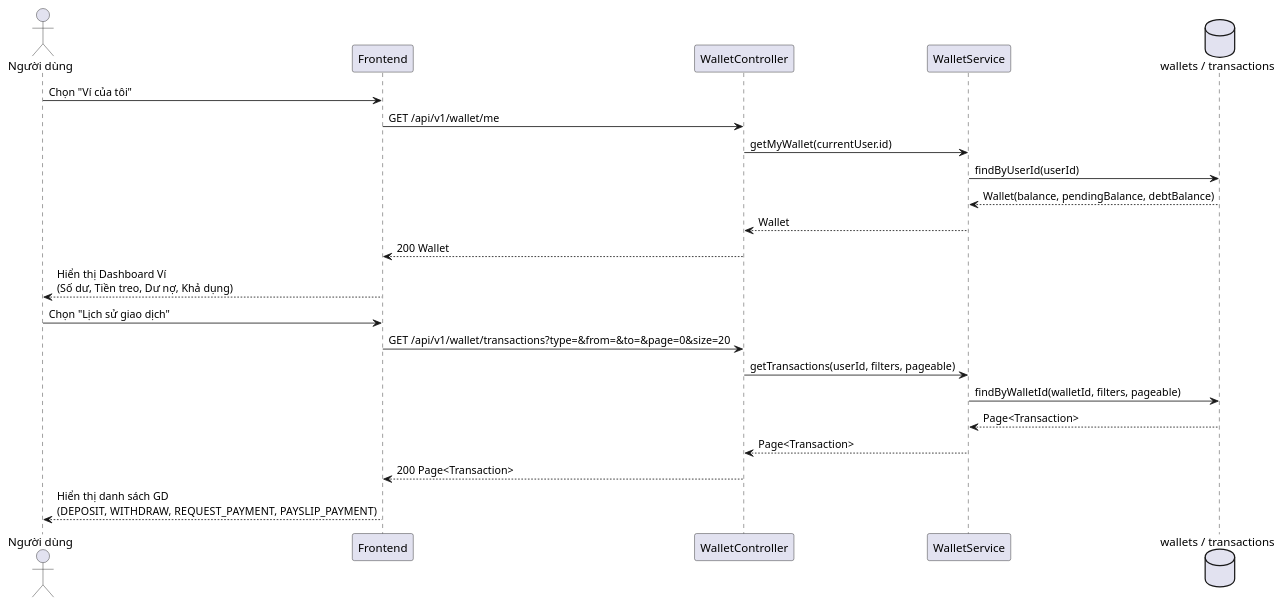
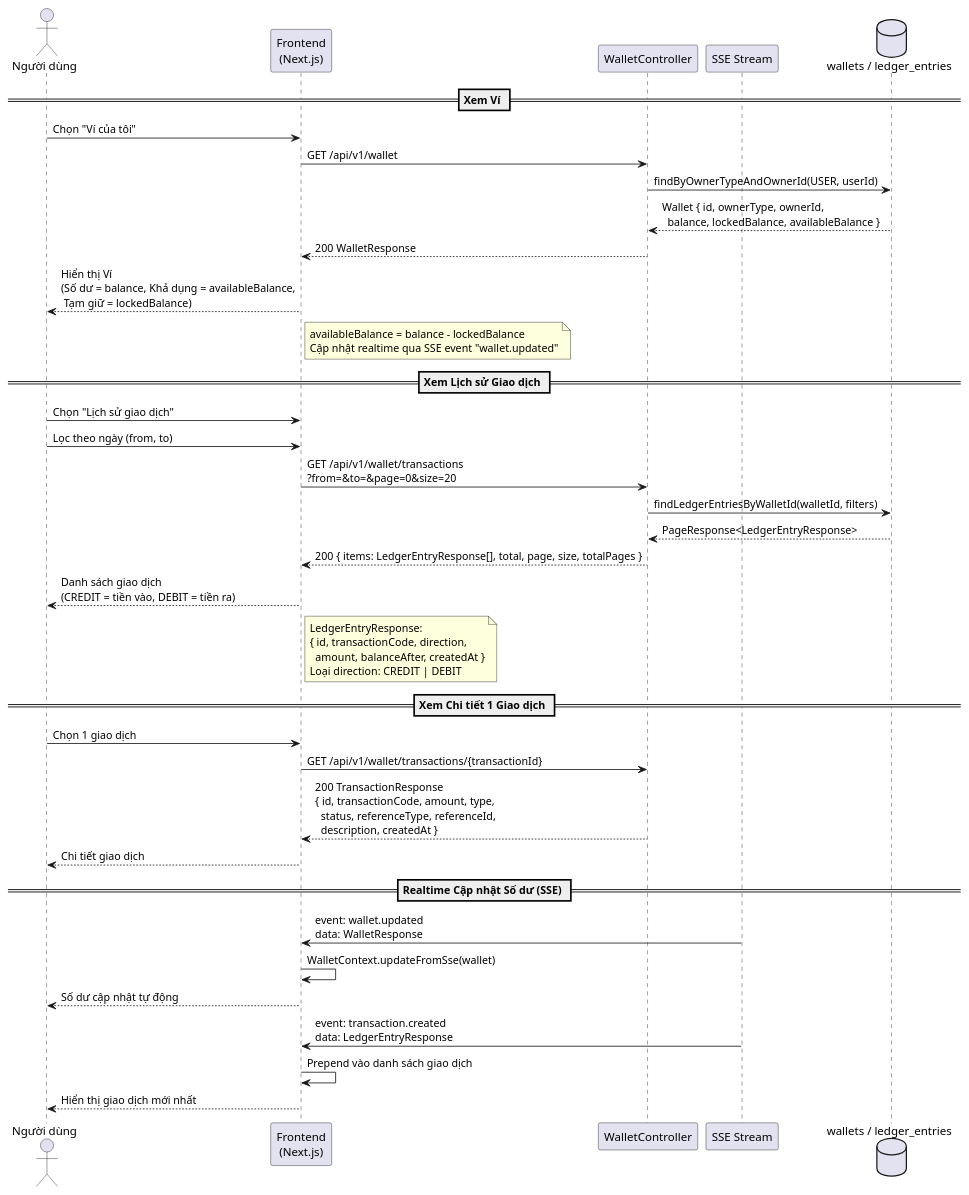
Before and after one commit to Quoosc/INTERNAL_FINANCIAL_CASHFLOW_MANAGEMENT_SYSTEM_USING_INTERNAL_WALLET_MODEL_FRONTEND: the diagram in docs/diagrams/sequence/UC-CM-04_ViewWallet.puml, drawn with PlantUML. The commit also changed 55 other files, not shown here.

```diff
--- a/docs/diagrams/sequence/UC-CM-04_ViewWallet.puml
+++ b/docs/diagrams/sequence/UC-CM-04_ViewWallet.puml
@@ -1,27 +1,57 @@
-@startuml UC-CM-04: View Wallet & Transaction History
+@startuml
 
 actor "Người dùng" as User
-participant "Frontend" as FE
+participant "Frontend\n(Next.js)" as FE
 participant "WalletController" as API
-participant "WalletService" as Svc
-database "wallets / transactions" as DB
+participant "SSE Stream" as SSE
+database "wallets / ledger_entries" as DB
+
+== Xem Ví ==
 
 User -> FE: Chọn "Ví của tôi"
-FE -> API: GET /api/v1/wallet/me
-API -> Svc: getMyWallet(currentUser.id)
-Svc -> DB: findByUserId(userId)
-DB --> Svc: Wallet(balance, pendingBalance, debtBalance)
-Svc --> API: Wallet
-API --> FE: 200 Wallet
-FE --> User: Hiển thị Dashboard Ví\n(Số dư, Tiền treo, Dư nợ, Khả dụng)
+FE -> API: GET /api/v1/wallet
+API -> DB: findByOwnerTypeAndOwnerId(USER, userId)
+DB --> API: Wallet { id, ownerType, ownerId,\n  balance, lockedBalance, availableBalance }
+API --> FE: 200 WalletResponse
+FE --> User: Hiển thị Ví\n(Số dư = balance, Khả dụng = availableBalance,\n Tạm giữ = lockedBalance)
+
+note right of FE
+  availableBalance = balance - lockedBalance
+  Cập nhật realtime qua SSE event "wallet.updated"
+end note
+
+== Xem Lịch sử Giao dịch ==
 
 User -> FE: Chọn "Lịch sử giao dịch"
-FE -> API: GET /api/v1/wallet/transactions?type=&from=&to=&page=0&size=20
-API -> Svc: getTransactions(userId, filters, pageable)
-Svc -> DB: findByWalletId(walletId, filters, pageable)
-DB --> Svc: Page<Transaction>
-Svc --> API: Page<Transaction>
-API --> FE: 200 Page<Transaction>
-FE --> User: Hiển thị danh sách GD\n(DEPOSIT, WITHDRAW, REQUEST_PAYMENT, PAYSLIP_PAYMENT)
+User -> FE: Lọc theo ngày (from, to)
+FE -> API: GET /api/v1/wallet/transactions\n?from=&to=&page=0&size=20
+API -> DB: findLedgerEntriesByWalletId(walletId, filters)
+DB --> API: PageResponse<LedgerEntryResponse>
+API --> FE: 200 { items: LedgerEntryResponse[], total, page, size, totalPages }
+FE --> User: Danh sách giao dịch\n(CREDIT = tiền vào, DEBIT = tiền ra)
+
+note right of FE
+  LedgerEntryResponse:
+  { id, transactionCode, direction,
+    amount, balanceAfter, createdAt }
+  Loại direction: CREDIT | DEBIT
+end note
+
+== Xem Chi tiết 1 Giao dịch ==
+
+User -> FE: Chọn 1 giao dịch
+FE -> API: GET /api/v1/wallet/transactions/{transactionId}
+API --> FE: 200 TransactionResponse\n{ id, transactionCode, amount, type,\n  status, referenceType, referenceId,\n  description, createdAt }
+FE --> User: Chi tiết giao dịch
+
+== Realtime Cập nhật Số dư (SSE) ==
+
+SSE -> FE: event: wallet.updated\ndata: WalletResponse
+FE -> FE: WalletContext.updateFromSse(wallet)
+FE --> User: Số dư cập nhật tự động
+
+SSE -> FE: event: transaction.created\ndata: LedgerEntryResponse
+FE -> FE: Prepend vào danh sách giao dịch
+FE --> User: Hiển thị giao dịch mới nhất
 
 @enduml
```
